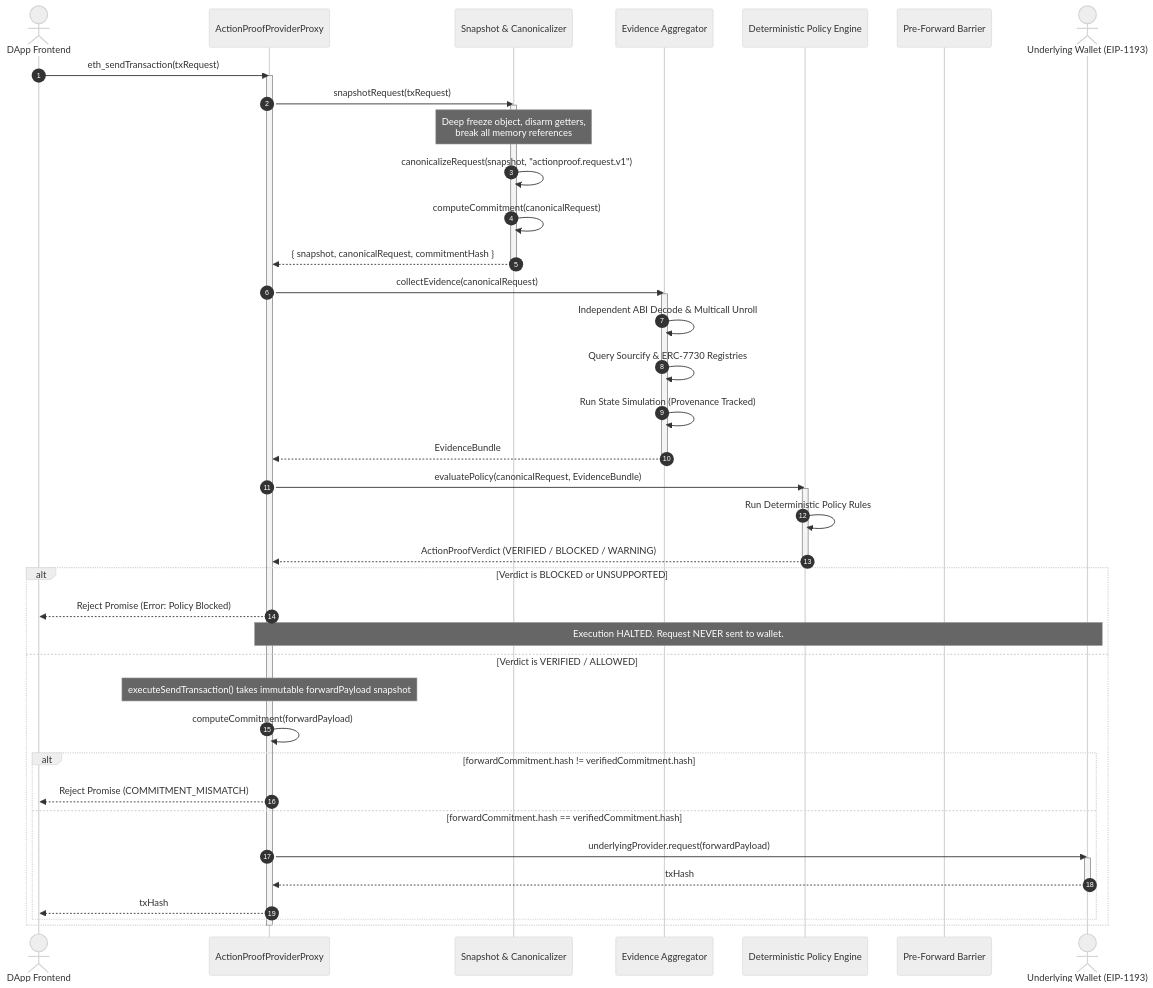
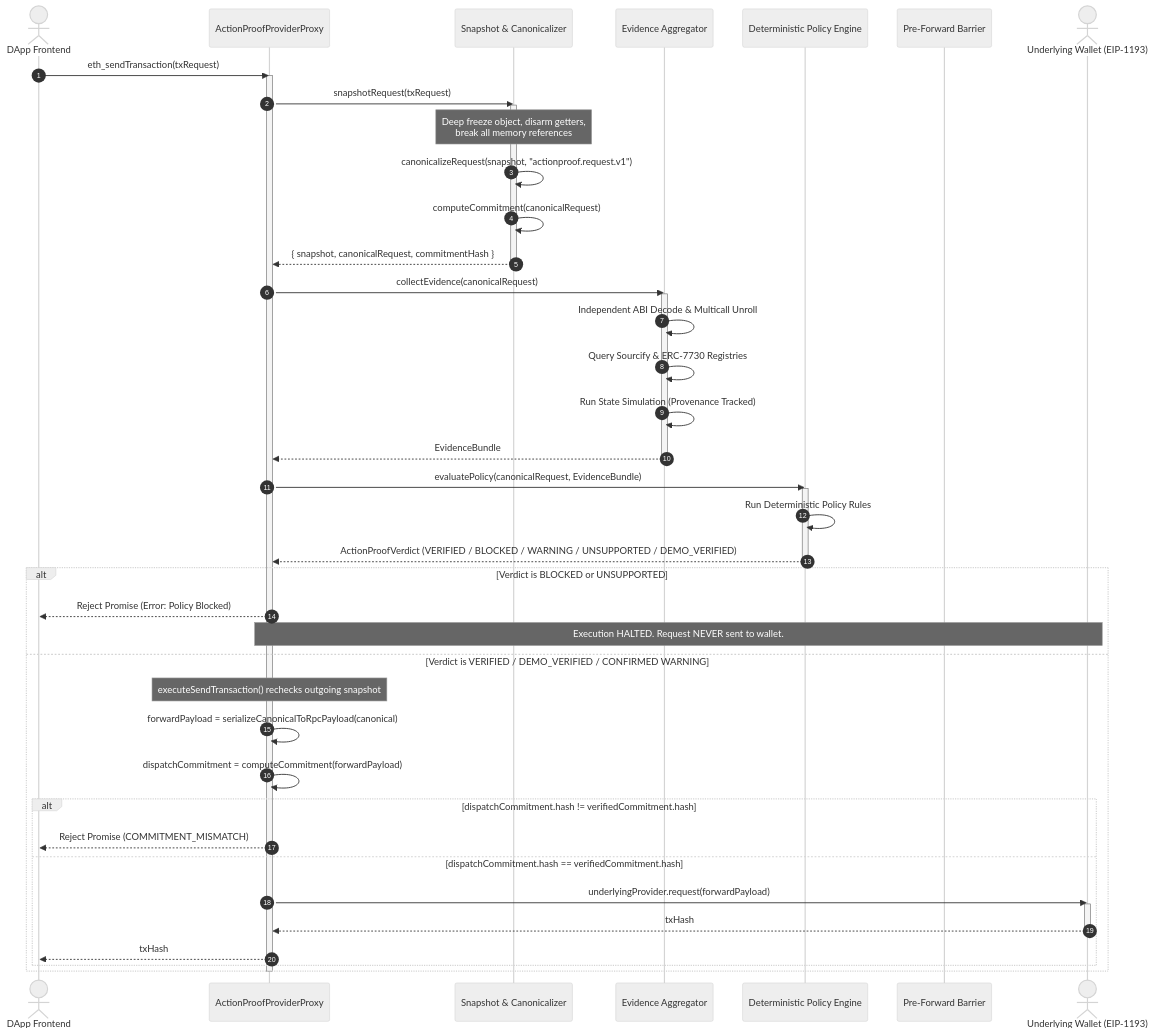
Before and after one commit to Abhi010903/ActionProofETR: the diagram in docs/05-RUNTIME-FLOW.md, drawn with Mermaid (neutral theme). The commit also changed other lines of this file and 43 other files, not shown here.

Commit message:
feat(security): complete ActionProof Level-2 hardening and remediation

````diff
--- a/docs/05-RUNTIME-FLOW.md
+++ b/docs/05-RUNTIME-FLOW.md
@@ -5,54 +5,55 @@
 ```mermaid
 sequenceDiagram
     autonumber
     actor DApp as DApp Frontend
     participant Proxy as ActionProofProviderProxy
     participant Snap as Snapshot & Canonicalizer
     participant Evidence as Evidence Aggregator
     participant Policy as Deterministic Policy Engine
     participant Barrier as Pre-Forward Barrier
     actor Wallet as Underlying Wallet (EIP-1193)
 
     DApp->>Proxy: eth_sendTransaction(txRequest)
     activate Proxy
     
     Proxy->>Snap: snapshotRequest(txRequest)
     activate Snap
     Note over Snap: Deep freeze object, disarm getters,<br/>break all memory references
     Snap->>Snap: canonicalizeRequest(snapshot, "actionproof.request.v1")
     Snap->>Snap: computeCommitment(canonicalRequest)
     Snap-->>Proxy: { snapshot, canonicalRequest, commitmentHash }
     deactivate Snap
 
     Proxy->>Evidence: collectEvidence(canonicalRequest)
     activate Evidence
     Evidence->>Evidence: Independent ABI Decode & Multicall Unroll
     Evidence->>Evidence: Query Sourcify & ERC-7730 Registries
     Evidence->>Evidence: Run State Simulation (Provenance Tracked)
     Evidence-->>Proxy: EvidenceBundle
     deactivate Evidence
 
     Proxy->>Policy: evaluatePolicy(canonicalRequest, EvidenceBundle)
     activate Policy
     Policy->>Policy: Run Deterministic Policy Rules
-    Policy-->>Proxy: ActionProofVerdict (VERIFIED / BLOCKED / WARNING)
+    Policy-->>Proxy: ActionProofVerdict (VERIFIED / BLOCKED / WARNING / UNSUPPORTED / DEMO_VERIFIED)
     deactivate Policy
 
     alt Verdict is BLOCKED or UNSUPPORTED
         Proxy-->>DApp: Reject Promise (Error: Policy Blocked)
         Note over Proxy,Wallet: Execution HALTED. Request NEVER sent to wallet.
-    else Verdict is VERIFIED / ALLOWED
-        Note over Proxy: executeSendTransaction() takes immutable forwardPayload snapshot
-        Proxy->>Proxy: computeCommitment(forwardPayload)
-        alt forwardCommitment.hash != verifiedCommitment.hash
+    else Verdict is VERIFIED / DEMO_VERIFIED / CONFIRMED WARNING
+        Note over Proxy: executeSendTransaction() rechecks outgoing snapshot
+        Proxy->>Proxy: forwardPayload = serializeCanonicalToRpcPayload(canonical)
+        Proxy->>Proxy: dispatchCommitment = computeCommitment(forwardPayload)
+        alt dispatchCommitment.hash != verifiedCommitment.hash
             Proxy-->>DApp: Reject Promise (COMMITMENT_MISMATCH)
-        else forwardCommitment.hash == verifiedCommitment.hash
+        else dispatchCommitment.hash == verifiedCommitment.hash
             Proxy->>Wallet: underlyingProvider.request(forwardPayload)
             activate Wallet
             Wallet-->>Proxy: txHash
             deactivate Wallet
             Proxy-->>DApp: txHash
         end
     end
     deactivate Proxy
 ```
````
